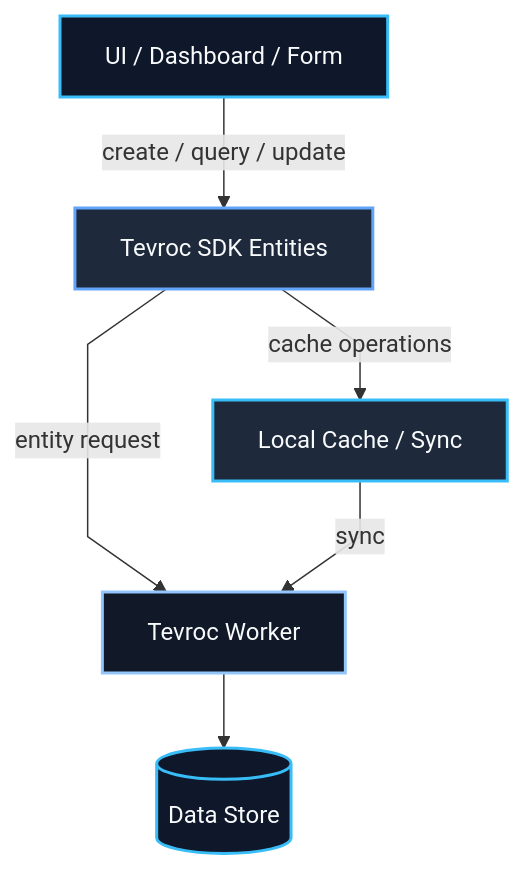
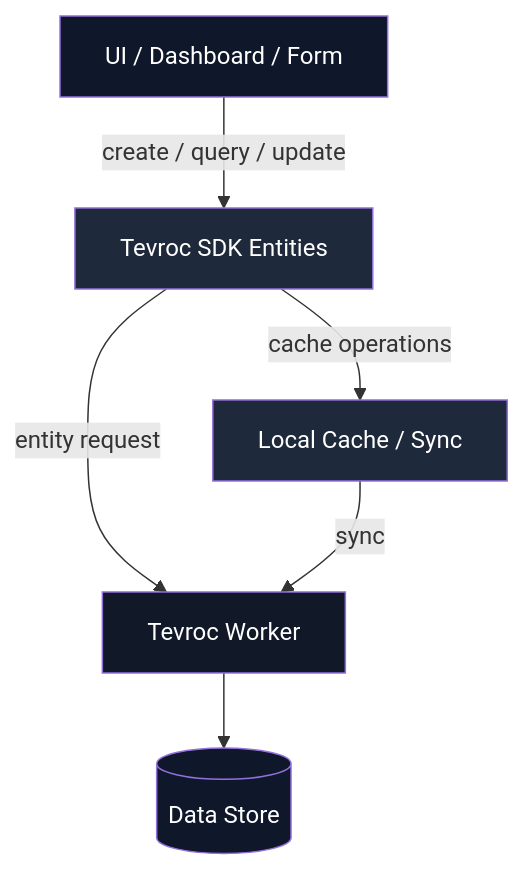
One commit to smthubakgale/TevrocSoft changed the diagram in uml/tevrocsdk-entities.mmd. Above: the diagram before and after it, drawn with Mermaid. The commit also changed 1 other file, not shown here.

Commit message:
Auto-publish: js/mermain.js, uml/tevrocsdk-entities.mmd - Sat 08/08/2026 18:56:58.25

```diff
--- a/uml/tevrocsdk-entities.mmd
+++ b/uml/tevrocsdk-entities.mmd
@@ -1,20 +1,19 @@
-%%{init: {"flowchart": {"curve": "linear"}}}%%
+
 flowchart TD
-
-    UI["UI / Dashboard / Form"]
-    SDK["Tevroc SDK Entities"]
-    Worker["Tevroc Worker"]
-    DB[("Data Store")]
-    Cache["Local Cache / Sync"]
+    UI[UI / Dashboard / Form]
+    SDK[Tevroc SDK Entities]
+    Worker[Tevroc Worker]
+    DB[(Data Store)]
+    Cache[Local Cache / Sync]
 
     UI -->|create / query / update| SDK
     SDK -->|entity request| Worker
     Worker --> DB
     SDK -->|cache operations| Cache
     Cache -->|sync| Worker
 
-    style UI fill:#0f172a,stroke:#38bdf8,stroke-width:2px,color:#f8fafc
-    style SDK fill:#1e293b,stroke:#60a5fa,stroke-width:2px,color:#f8fafc
-    style Worker fill:#111827,stroke:#93c5fd,stroke-width:2px,color:#f8fafc
-    style DB fill:#0f172a,stroke:#38bdf8,stroke-width:2px,color:#f8fafc
-    style Cache fill:#1e293b,stroke:#38bdf8,stroke-width:2px,color:#f8fafc
+    style UI fill:#0f172a,color:#fff
+    style SDK fill:#1e293b,color:#fff
+    style Worker fill:#111827,color:#fff
+    style DB fill:#0f172a,color:#fff
+    style Cache fill:#1e293b,color:#fff
```
